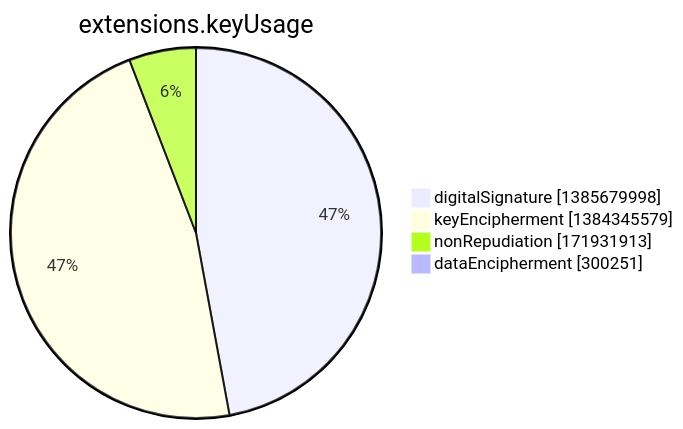
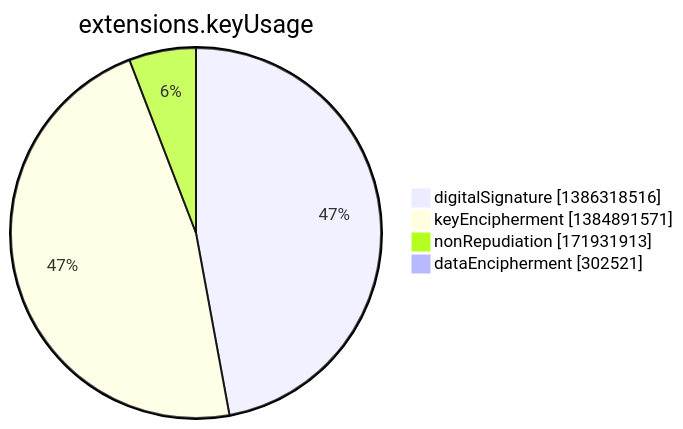
One commit to christiankrug/ctmonitor_visualization changed the seventh of 15 diagrams in argon2022/README.md. Above: the diagram before and after it, drawn with Mermaid. The commit also changed other lines of this file, not shown here.

````diff
--- a/argon2022/README.md
+++ b/argon2022/README.md
@@ -2751,8 +2751,8 @@
 ```mermaid
 pie showData
 title extensions.keyUsage
-"digitalSignature" :1385679998
-"keyEncipherment" :1384345579
+"digitalSignature" :1386318516
+"keyEncipherment" :1384891571
 "nonRepudiation" :171931913
-"dataEncipherment" :300251
+"dataEncipherment" :302521
 ```
````
